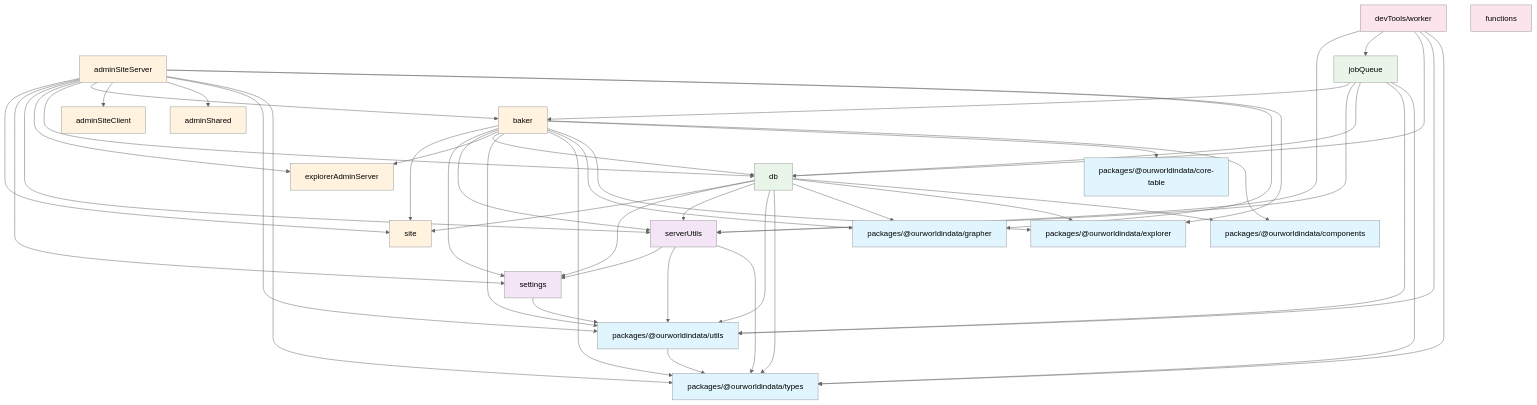
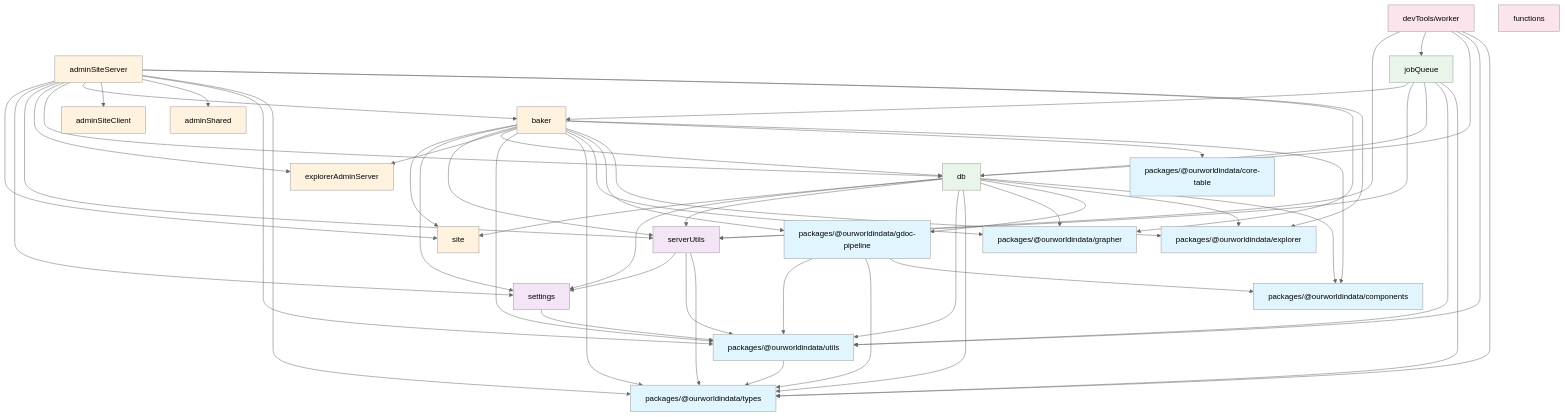
One commit to owid/owid-grapher changed the diagram in docs/imports-diagram.md. Above: the diagram before and after it, drawn with Mermaid (neutral theme). The commit also changed 61 other files, not shown here.

```diff
--- a/docs/imports-diagram.md
+++ b/docs/imports-diagram.md
@@ -10,6 +10,7 @@
     utils["packages/@ourworldindata/utils"];
     components["packages/@ourworldindata/components"];
     core_table["packages/@ourworldindata/core-table"];
+    gdoc_pipeline["packages/@ourworldindata/gdoc-pipeline"];
     grapher["packages/@ourworldindata/grapher"];
     explorer["packages/@ourworldindata/explorer"];
 
@@ -37,8 +38,13 @@
 
     settings --> utils;
 
+    gdoc_pipeline --> components;
+    gdoc_pipeline --> types;
+    gdoc_pipeline --> utils;
+
     db --> components;
     db --> explorer;
+    db --> gdoc_pipeline;
     db --> grapher;
     db --> types;
     db --> utils;
@@ -62,6 +68,7 @@
     baker --> components;
     baker --> core_table;
     baker --> explorer;
+    baker --> gdoc_pipeline;
     baker --> grapher;
     baker --> types;
     baker --> utils;
@@ -89,7 +96,7 @@
     classDef appLayer fill:#fff3e0;
     classDef toolLayer fill:#fce4ec;
 
-    class types,utils,components,core_table,grapher,explorer packageLayer;
+    class types,utils,components,core_table,gdoc_pipeline,grapher,explorer packageLayer;
     class settings,serverUtils infraLayer;
     class db,jobQueue coreLayer;
     class adminShared,adminSiteServer,adminSiteClient,baker,site,explorerAdminServer appLayer;
```
